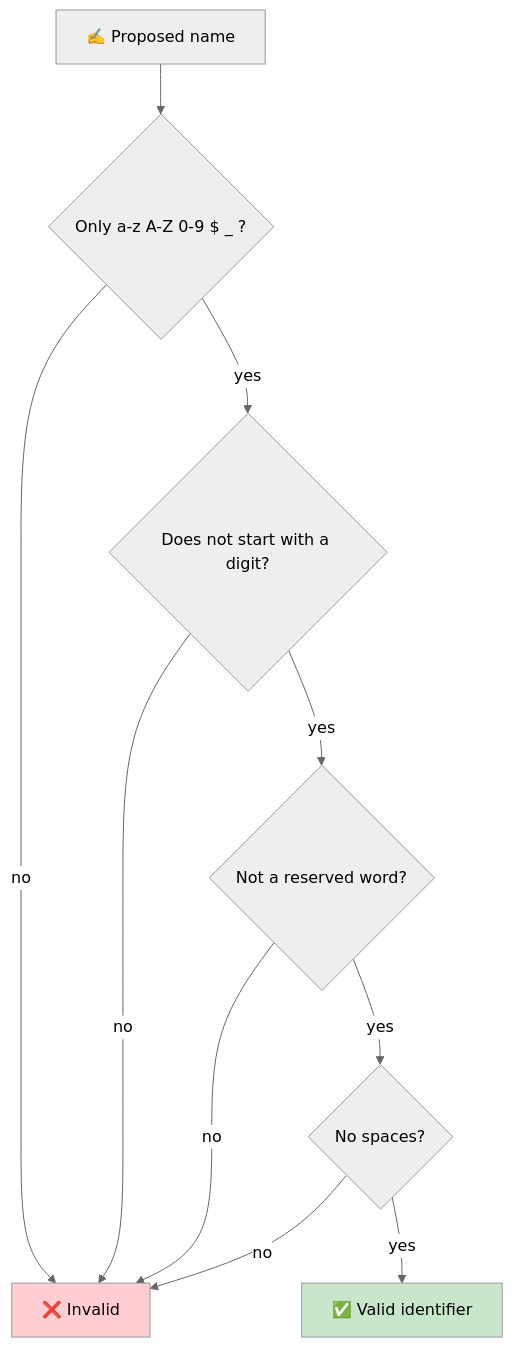
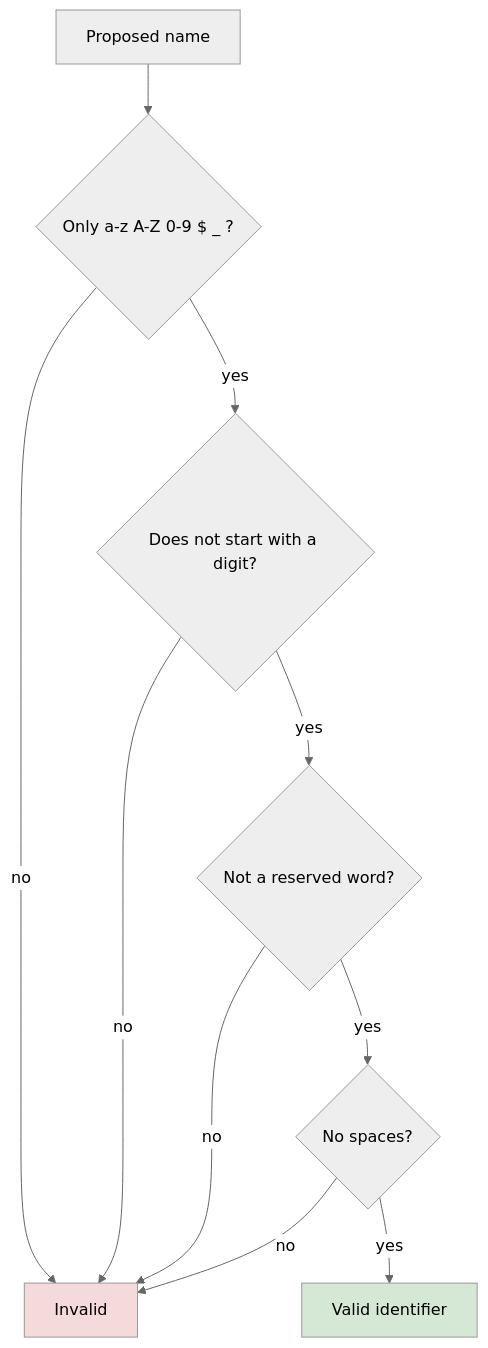
The diagram in src/Theory/02-Data-Types-and-Variables/03-Identifiers-and-Rules.md (kundankumarsharma56/Leaning-Java), drawn with Mermaid (neutral theme) before and after one commit. The commit also changed other lines of this file and 84 other files, not shown here.

````diff
--- a/src/Theory/02-Data-Types-and-Variables/03-Identifiers-and-Rules.md
+++ b/src/Theory/02-Data-Types-and-Variables/03-Identifiers-and-Rules.md
@@ -21,14 +21,14 @@
 ```mermaid
 flowchart TD
-    N["✍️ Proposed name"] --> R1{"Only a-z A-Z 0-9 $ _ ?"}
-    R1 -->|no| X["❌ Invalid"]
+    N["Proposed name"] --> R1{"Only a-z A-Z 0-9 $ _ ?"}
+    R1 -->|no| X["Invalid"]
     R1 -->|yes| R2{"Does not start with a digit?"}
     R2 -->|no| X
     R2 -->|yes| R3{"Not a reserved word?"}
     R3 -->|no| X
     R3 -->|yes| R4{"No spaces?"}
     R4 -->|no| X
-    R4 -->|yes| OK["✅ Valid identifier"]
-    style OK fill:#c8e6c9
-    style X fill:#ffcdd2
+    R4 -->|yes| OK["Valid identifier"]
+    style OK fill:#d5e8d6
+    style X fill:#f4dada
 ```
````
